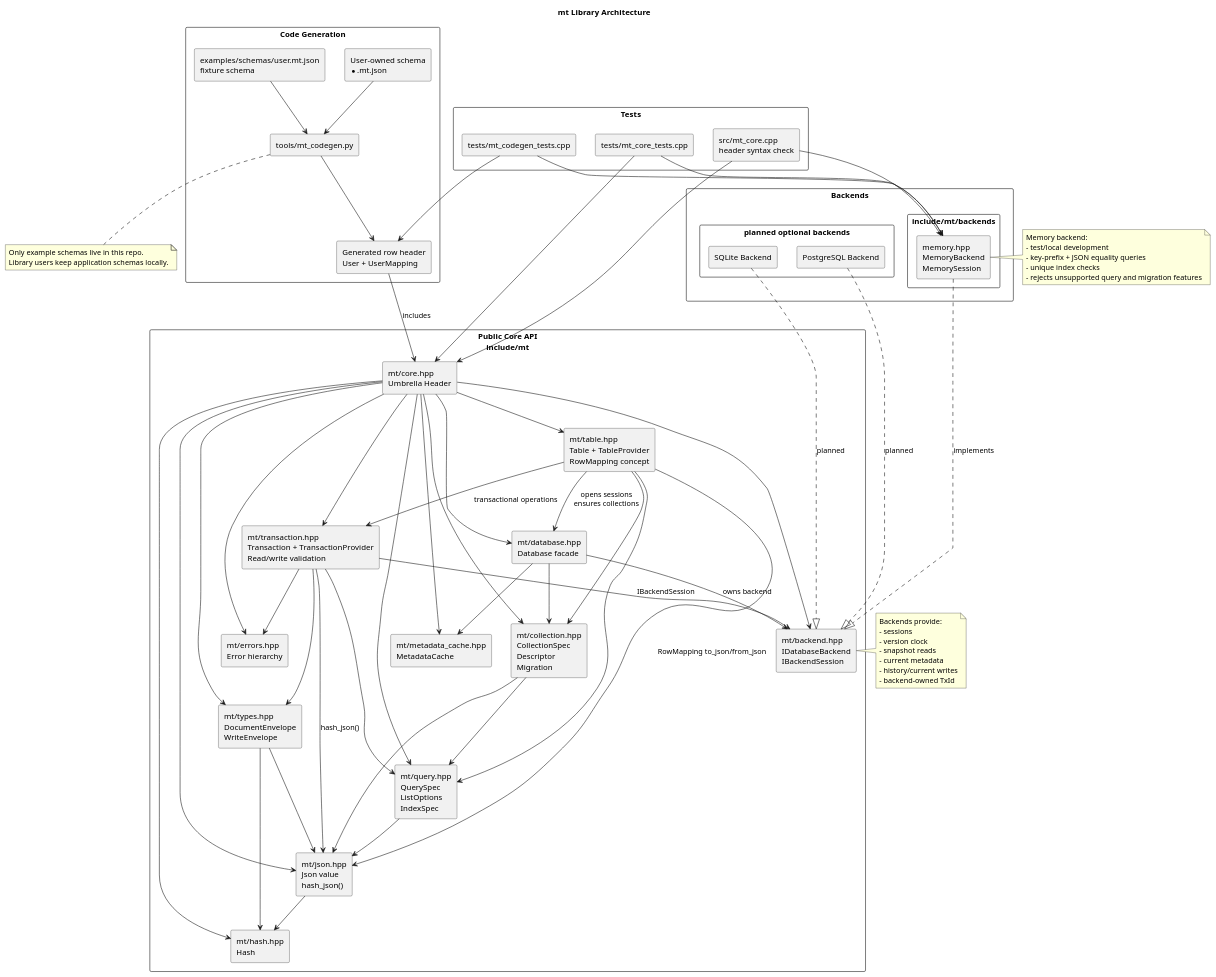
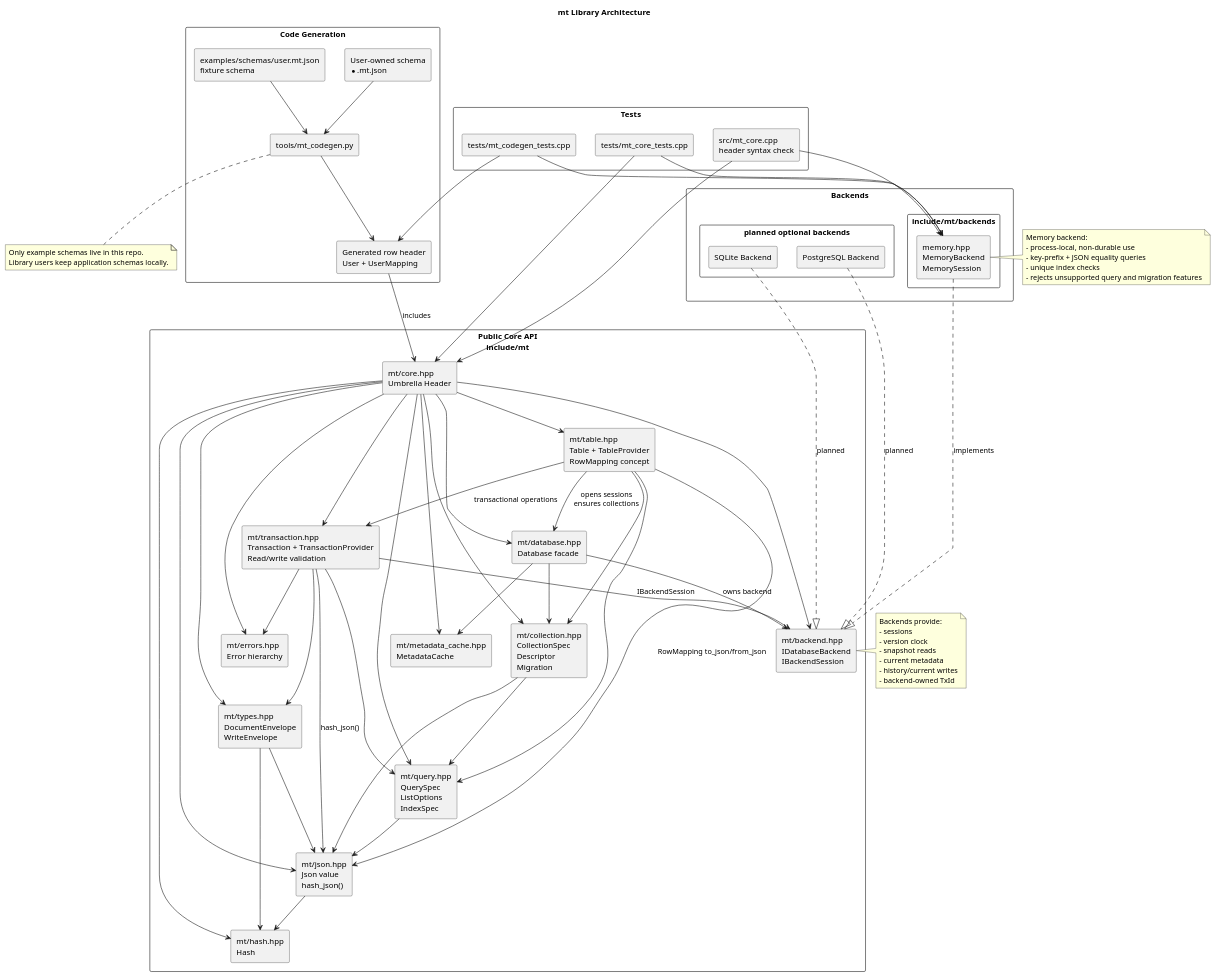
One commit to mhendric1436/mt changed the diagram in docs/mt_architecture.puml. Above: the diagram before and after it, drawn with PlantUML. The commit also changed 4 other files, not shown here.

```diff
--- a/docs/mt_architecture.puml
+++ b/docs/mt_architecture.puml
@@ -1,122 +1,122 @@
 @startuml mt_architecture
 
 title mt Library Architecture
 
 skinparam componentStyle rectangle
 skinparam packageStyle rectangle
 skinparam shadowing false
 
 package "Public Core API\ninclude/mt" {
   [mt/core.hpp\nUmbrella Header] as Core
   [mt/table.hpp\nTable + TableProvider\nRowMapping concept] as Table
   [mt/transaction.hpp\nTransaction + TransactionProvider\nRead/write validation] as Transaction
   [mt/database.hpp\nDatabase facade] as Database
   [mt/backend.hpp\nIDatabaseBackend\nIBackendSession] as BackendApi
   [mt/query.hpp\nQuerySpec\nListOptions\nIndexSpec] as Query
   [mt/types.hpp\nDocumentEnvelope\nWriteEnvelope] as Types
   [mt/json.hpp\nJson value\nhash_json()] as Json
   [mt/hash.hpp\nHash] as Hash
   [mt/errors.hpp\nError hierarchy] as Errors
   [mt/collection.hpp\nCollectionSpec\nDescriptor\nMigration] as Collection
   [mt/metadata_cache.hpp\nMetadataCache] as MetadataCache
 }
 
 package "Backends" {
   package "include/mt/backends" {
     [memory.hpp\nMemoryBackend\nMemorySession] as MemoryBackend
   }
 
   package "planned optional backends" {
     [SQLite Backend] as SqliteBackend
     [PostgreSQL Backend] as PostgresBackend
   }
 }
 
 package "Code Generation" {
   [tools/mt_codegen.py] as Codegen
   [User-owned schema\n*.mt.json] as UserSchema
   [Generated row header\nUser + UserMapping] as GeneratedHeader
   [examples/schemas/user.mt.json\nfixture schema] as ExampleSchema
 }
 
 package "Tests" {
   [tests/mt_core_tests.cpp] as CoreTests
   [tests/mt_codegen_tests.cpp] as CodegenTests
   [src/mt_core.cpp\nheader syntax check] as HeaderCheck
 }
 
 Core --> Table
 Core --> Transaction
 Core --> Database
 Core --> BackendApi
 Core --> Query
 Core --> Types
 Core --> Json
 Core --> Hash
 Core --> Errors
 Core --> Collection
 Core --> MetadataCache
 
 Table --> Transaction : transactional operations
 Table --> Database : opens sessions\nensures collections
 Table --> Json : RowMapping to_json/from_json
 Table --> Query
 Table --> Collection
 
 Transaction --> BackendApi : IBackendSession
 Transaction --> Types
 Transaction --> Query
 Transaction --> Json : hash_json()
 Transaction --> Errors
 
 Database --> BackendApi : owns backend
 Database --> MetadataCache
 Database --> Collection
 
 Types --> Hash
 Types --> Json
 Query --> Json
 Collection --> Query
 Collection --> Json
 Json --> Hash
 
 MemoryBackend ..|> BackendApi : implements
 SqliteBackend ..|> BackendApi : planned
 PostgresBackend ..|> BackendApi : planned
 
 UserSchema --> Codegen
 ExampleSchema --> Codegen
 Codegen --> GeneratedHeader
 GeneratedHeader --> Core : includes
 
 CoreTests --> Core
 CoreTests --> MemoryBackend
 CodegenTests --> GeneratedHeader
 CodegenTests --> MemoryBackend
 HeaderCheck --> Core
 HeaderCheck --> MemoryBackend
 
 note right of BackendApi
 Backends provide:
 - sessions
 - version clock
 - snapshot reads
 - current metadata
 - history/current writes
 - backend-owned TxId
 end note
 
 note right of MemoryBackend
 Memory backend:
-- test/local development
+- process-local, non-durable use
 - key-prefix + JSON equality queries
 - unique index checks
 - rejects unsupported query and migration features
 end note
 
 note bottom of Codegen
 Only example schemas live in this repo.
 Library users keep application schemas locally.
 end note
 
 @enduml
```
